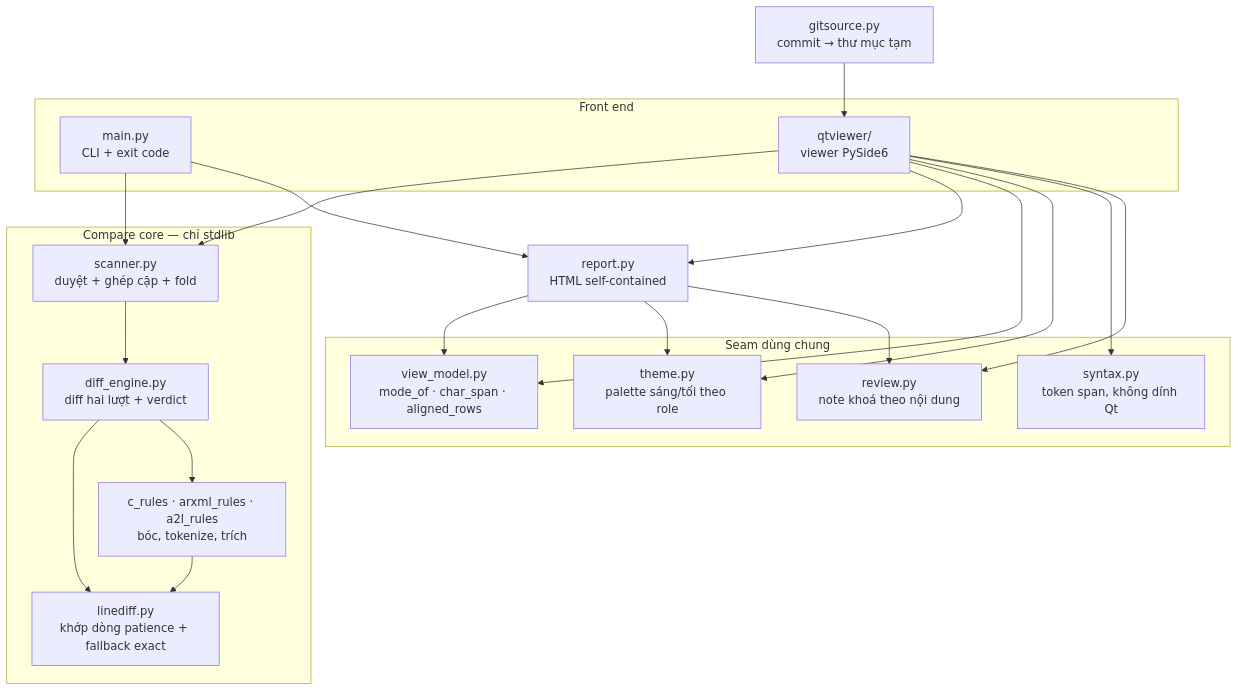
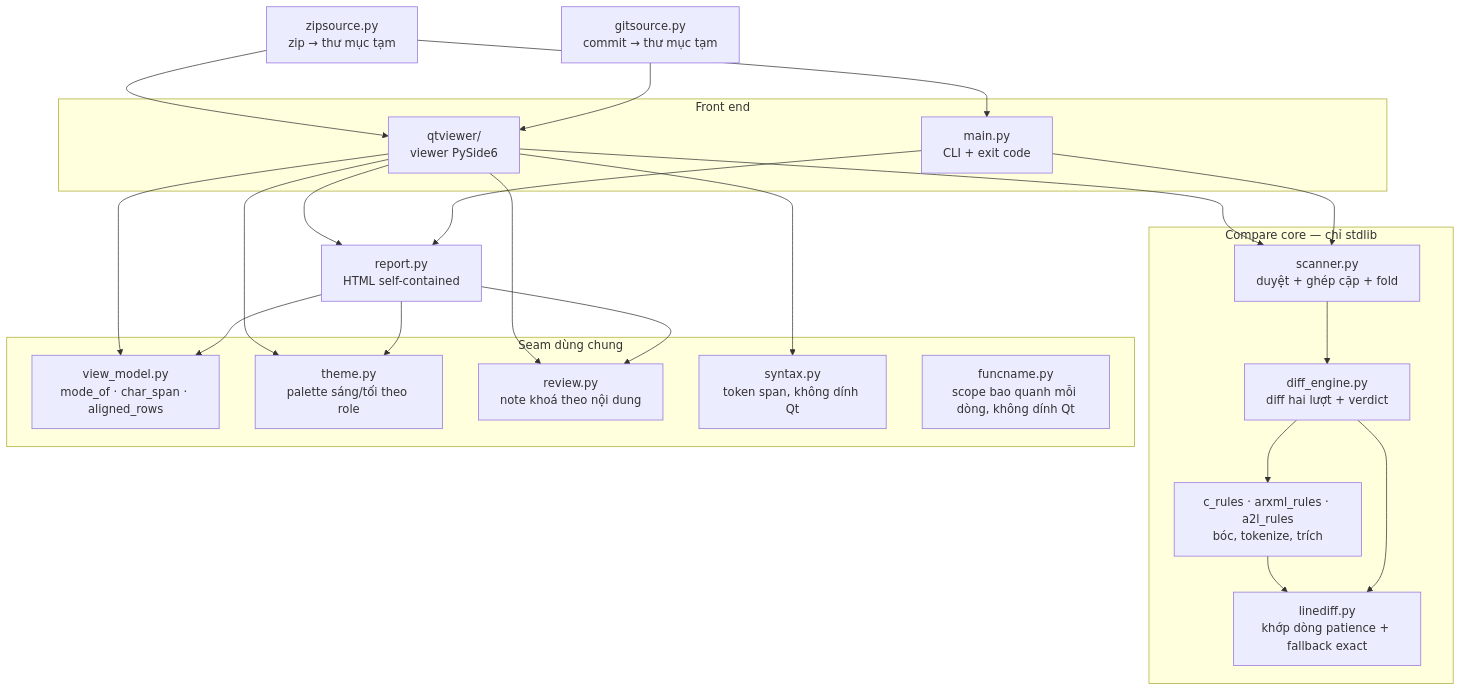
One commit to longvo92/codegen-compare-tool changed the first of 2 diagrams in docs/vi/architecture.md. Above: the diagram before and after it, drawn with Mermaid. The commit also changed other lines of this file and 14 other files, not shown here.

First line of the commit message:
feat(zipsource): compare a .zip artifact as either side

````diff
--- a/docs/vi/architecture.md
+++ b/docs/vi/architecture.md
@@ -25,38 +25,42 @@
 ```mermaid
 flowchart TD
     subgraph front[Front end]
         CLI[main.py<br/>CLI + exit code]
         QT[qtviewer/<br/>viewer PySide6]
     end
     subgraph core[Compare core — chỉ stdlib]
         SC[scanner.py<br/>duyệt + ghép cặp + fold]
         DE[diff_engine.py<br/>diff hai lượt + verdict]
         LD[linediff.py<br/>khớp dòng patience + fallback exact]
         RULES[c_rules · arxml_rules · a2l_rules<br/>bóc, tokenize, trích]
     end
     subgraph shared[Seam dùng chung]
         VM[view_model.py<br/>mode_of · char_span · aligned_rows]
         TH[theme.py<br/>palette sáng/tối theo role]
         RV[review.py<br/>note khoá theo nội dung]
         SY[syntax.py<br/>token span, không dính Qt]
+        FN[funcname.py<br/>scope bao quanh mỗi dòng, không dính Qt]
     end
     RP[report.py<br/>HTML self-contained]
     GS[gitsource.py<br/>commit → thư mục tạm]
+    ZS[zipsource.py<br/>zip → thư mục tạm]
 
     CLI --> SC
     QT --> SC
     GS --> QT
+    ZS --> QT
+    ZS --> CLI
     SC --> DE
     DE --> LD
     DE --> RULES
     RULES --> LD
     CLI --> RP
     QT --> RP
     RP --> VM
     QT --> VM
     RP --> TH
     QT --> TH
     QT --> SY
     RP --> RV
     QT --> RV
 ```
````
